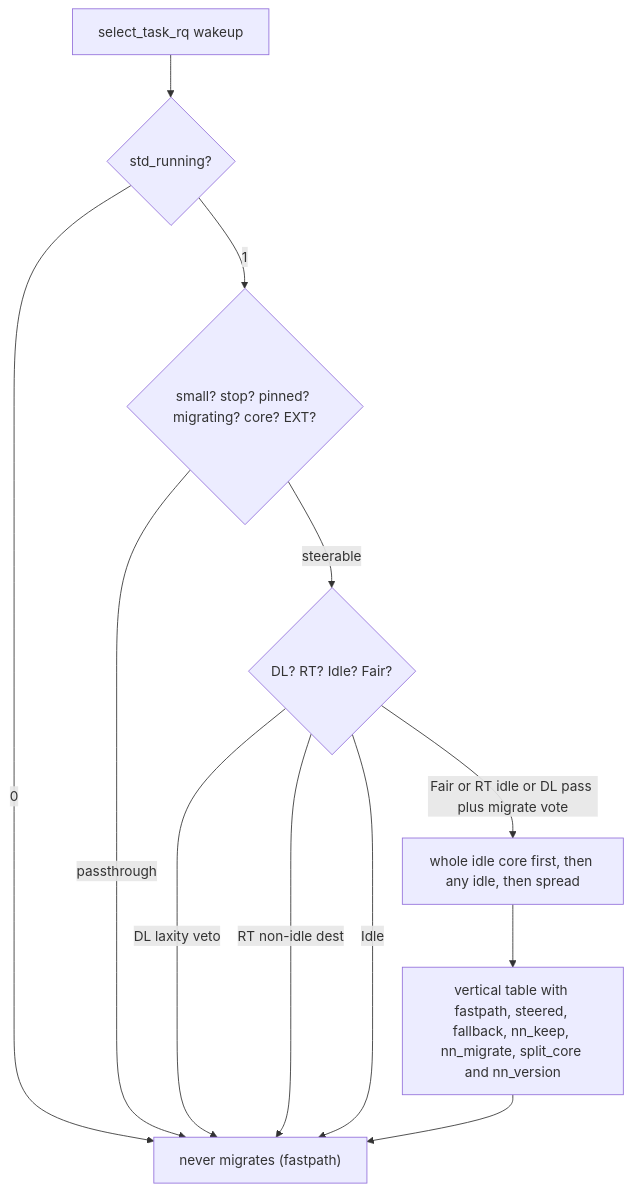
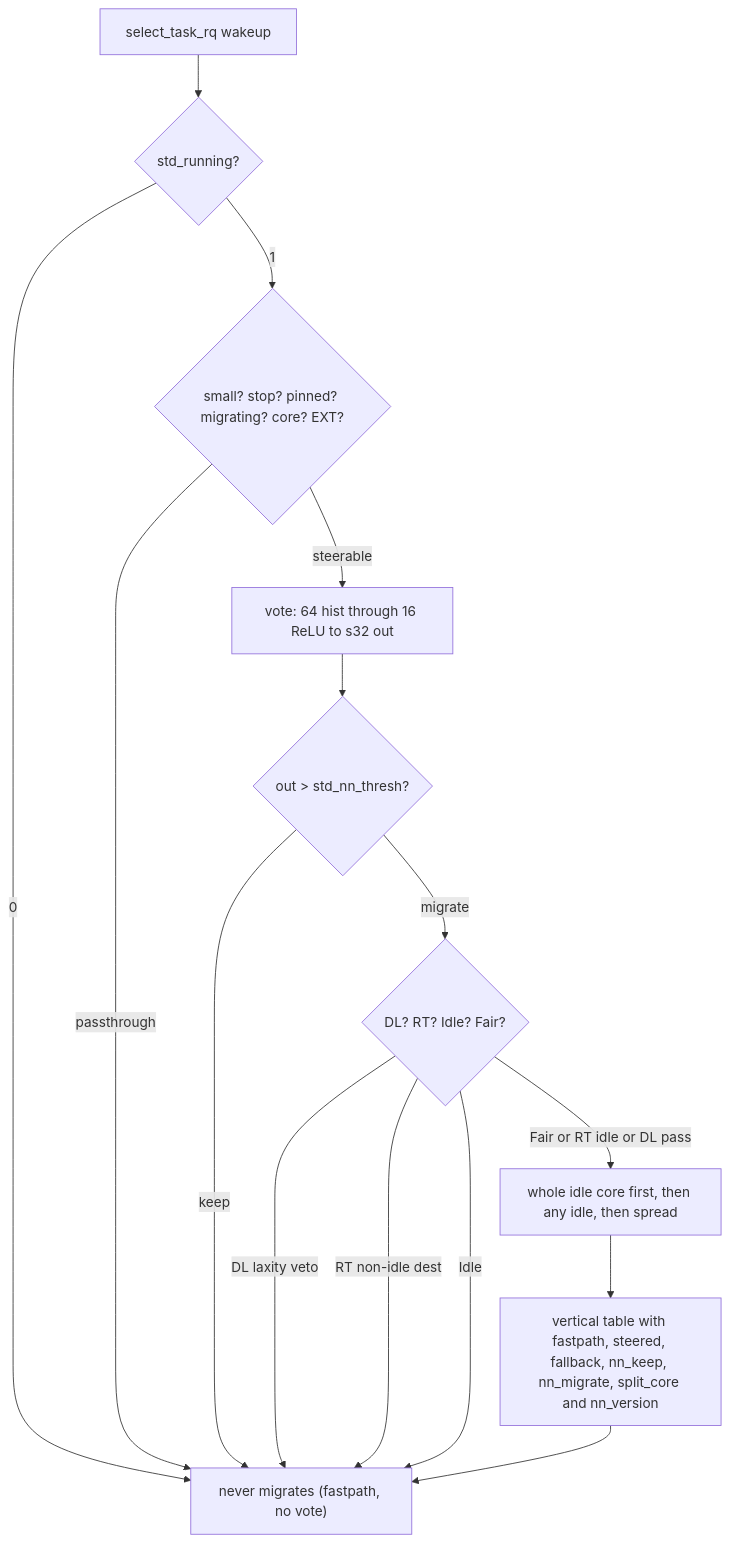
One commit to galpt/std changed the diagram in README.md. Above: the diagram before and after it, drawn with Mermaid. The commit also changed other lines of this file, not shown here.

First line of the commit message:
STD v7.3: clarify ReLU choice and cleanup flow

````diff
--- a/README.md
+++ b/README.md
@@ -21,14 +23,16 @@
 ```mermaid
 flowchart TD
     A["select_task_rq wakeup"] --> B{"std_running?"}
     B -->|0| Z["keep class CPU"]
     B -->|1| C{"small? stop? pinned? migrating? core? EXT?"}
     C -->|passthrough| Z
-    C -->|steerable| D{"DL? RT? Idle? Fair?"}
+    C -->|steerable| V["vote: 64 hist through 16 ReLU to s32 out"]
+    V --> T{"out > std_nn_thresh?"}
+    T -->|keep| Z
+    T -->|migrate| D{"DL? RT? Idle? Fair?"}
     D -->|DL laxity veto| Z["keep (fallback)"]
     D -->|RT non-idle dest| Z["keep (fallback)"]
-    D -->|Idle| Z["never migrates (fastpath)"]
-    D -->|Fair or RT idle or DL pass plus migrate vote| G["whole idle core first, then any idle, then spread"]
-    G --> H["vertical table with fastpath, steered, fallback, nn_keep, nn_migrate, split_core and nn_version"]
-    H --> Z
+    D -->|Idle| Z["never migrates (fastpath, no vote)"]
+    D -->|Fair or RT idle or DL pass| G["whole idle core first, then any idle, then spread"]
+    G --> H["vertical table with fastpath, steered, fallback, nn_keep, nn_migrate, split_core and nn_version"] --> Z
 ```
````
